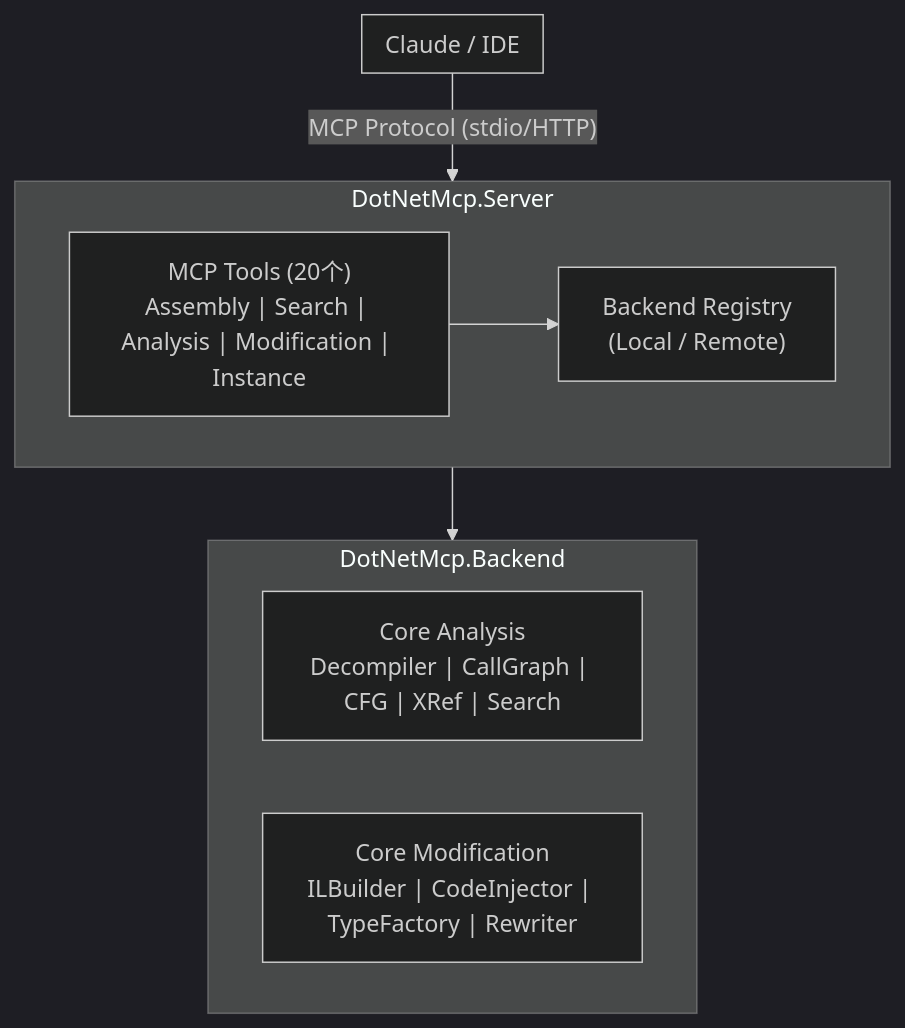
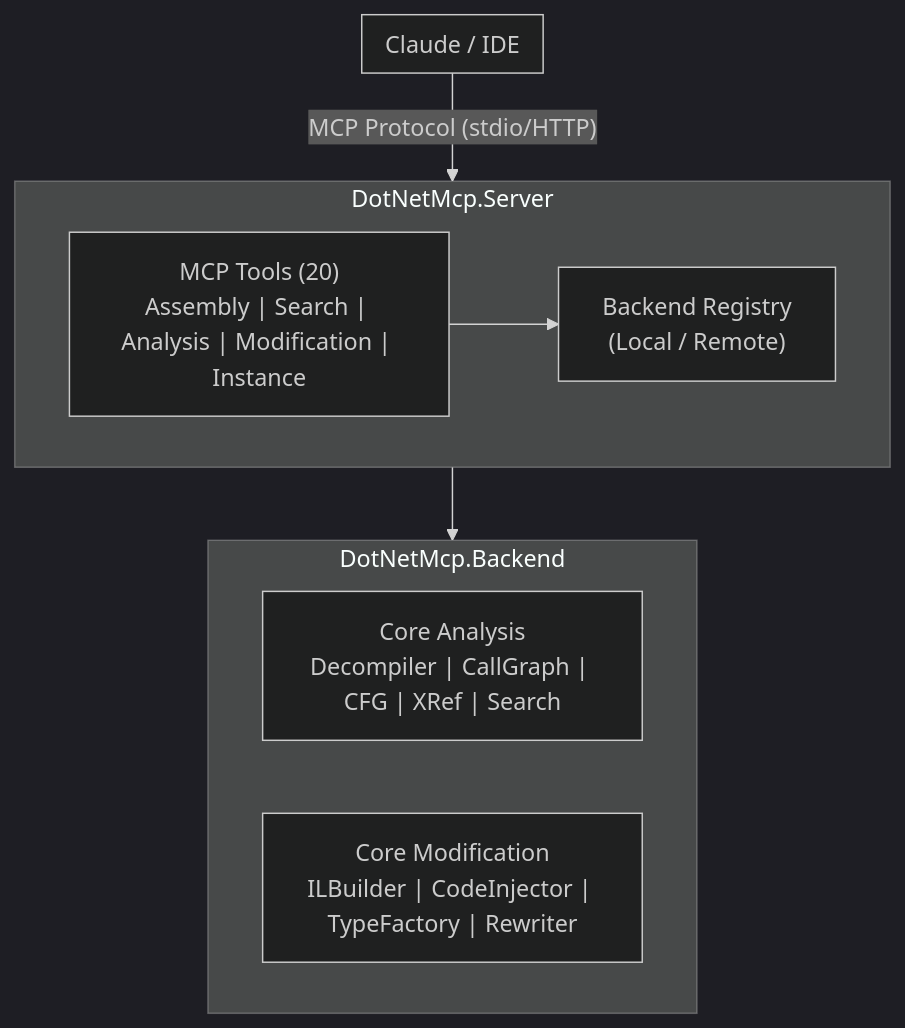
Before and after one commit to xjoker/DotNetMCP: the diagram in README.md, drawn with Mermaid (dark theme). The commit also changed other lines of this file and 5 other files, not shown here.

````diff
--- a/README.md
+++ b/README.md
@@ -21,20 +21,20 @@
 ```mermaid
 flowchart TB
     subgraph Client["Claude / IDE"]
     end
 
     Client -->|"MCP Protocol (stdio/HTTP)"| Server
 
     subgraph Server["DotNetMcp.Server"]
-        Tools["MCP Tools (20个)<br/>Assembly | Search | Analysis | Modification | Instance"]
+        Tools["MCP Tools (20)<br/>Assembly | Search | Analysis | Modification | Instance"]
         Registry["Backend Registry<br/>(Local / Remote)"]
         Tools --> Registry
     end
 
     Server --> Backend
 
     subgraph Backend["DotNetMcp.Backend"]
         Analysis["Core Analysis<br/>Decompiler | CallGraph | CFG | XRef | Search"]
         Modification["Core Modification<br/>ILBuilder | CodeInjector | TypeFactory | Rewriter"]
     end
 ```
````
